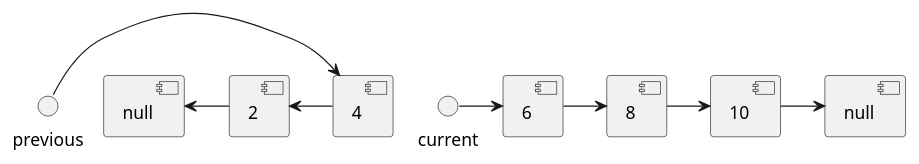
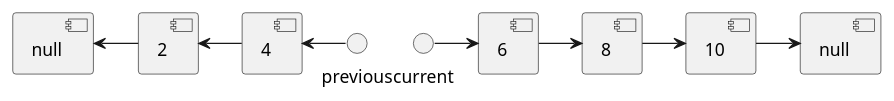
The third of 7 diagrams in src/EducativeIo/GrokkingTheCodingInterview/Ch07_InPlaceReversalOfALinkedList/P1_ReverseALinkedList/readme.md (computer-science-engineering/learning-computer-science), drawn with PlantUML before and after one commit. The commit also changed other lines of this file and 1 other file, not shown here.

````diff
--- a/src/EducativeIo/GrokkingTheCodingInterview/Ch07_InPlaceReversalOfALinkedList/P1_ReverseALinkedList/readme.md
+++ b/src/EducativeIo/GrokkingTheCodingInterview/Ch07_InPlaceReversalOfALinkedList/P1_ReverseALinkedList/readme.md
@@ -47,17 +47,17 @@
 ```plantuml
 @startuml
 component null1 [
     null
     ]
 component null2 [
     null
     ]
-previous -> [4]
 [null1] <- [2]
 [2] <- [4]
+[4] <- previous
 current -> [6]
 [6] -> [8]
 [8] -> [10]
 [10] -> [null2]
 @enduml
 ```
````
